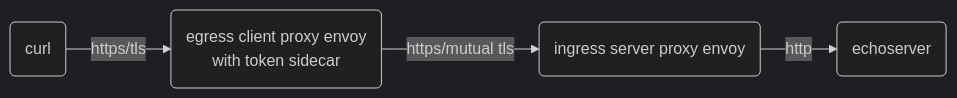
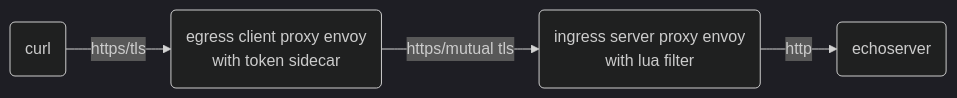
Before and after one commit to ctyano/athenz-distribution: the fifth of 15 diagrams in docs/ENVOY.md, drawn with Mermaid (dark theme). The commit also changed other lines of this file, not shown here.

````diff
--- a/docs/ENVOY.md
+++ b/docs/ENVOY.md
@@ -75,4 +75,4 @@
 ```mermaid
 flowchart LR
-A(curl) -->|https/tls| B(egress client proxy envoy\nwith token sidecar) -->|https/mutual tls| C(ingress server proxy envoy) -->|http| D(echoserver)
+A(curl) -->|https/tls| B(egress client proxy envoy\nwith token sidecar) -->|https/mutual tls| C(ingress server proxy envoy\nwith lua filter) -->|http| D(echoserver)
 ```
````
